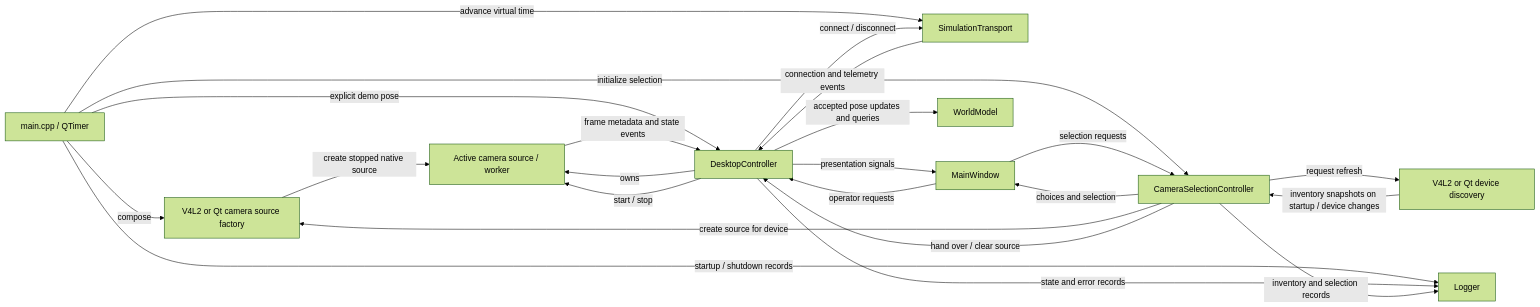
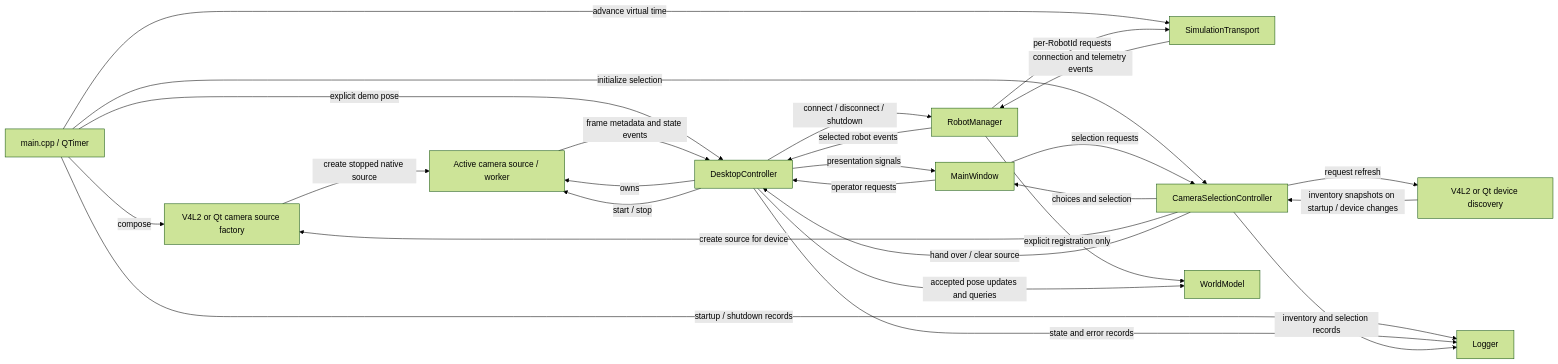
One commit to Krzys2002/Mini_Robot changed the diagram in Mini_Robot/docs/overview/architecture.md. Above: the diagram before and after it, drawn with Mermaid (forest theme). The commit also changed other lines of this file and 15 other files, not shown here.

Commit message:
feat(comm): route desktop and BLE integration through RobotManager (#67)

````diff
--- a/Mini_Robot/docs/overview/architecture.md
+++ b/Mini_Robot/docs/overview/architecture.md
@@ -97,25 +99,28 @@
 ```mermaid
 flowchart LR
     Main[main.cpp / QTimer] -->|compose| Factory[V4L2 or Qt camera source factory]
     Factory -->|create stopped native source| Camera[Active camera source / worker]
     Main -->|advance virtual time| Transport[SimulationTransport]
     Main -->|initialize selection| Selection[CameraSelectionController]
     Selection -->|request refresh| Discovery[V4L2 or Qt device discovery]
     Discovery -->|inventory snapshots on startup / device changes| Selection
     Selection -->|choices and selection| UI[MainWindow]
     UI -->|selection requests| Selection
     Selection -->|create source for device| Factory
     Selection -->|hand over / clear source| Controller
     Main -->|explicit demo pose| Controller[DesktopController]
     Controller -->|owns| Camera
     Camera -->|frame metadata and state events| Controller
-    Transport -->|connection and telemetry events| Controller
+    Transport -->|connection and telemetry events| Manager[RobotManager]
+    Manager -->|selected robot events| Controller
     UI -->|operator requests| Controller
     Controller -->|start / stop| Camera
-    Controller -->|connect / disconnect| Transport
+    Controller -->|connect / disconnect / shutdown| Manager
+    Manager -->|per-RobotId requests| Transport
+    Manager -->|explicit registration only| World
     Controller -->|accepted pose updates and queries| World[WorldModel]
     Controller -->|presentation signals| UI
     Main -->|startup / shutdown records| Log[Logger]
     Controller -->|state and error records| Log
     Selection -->|inventory and selection records| Log
 ```
````
